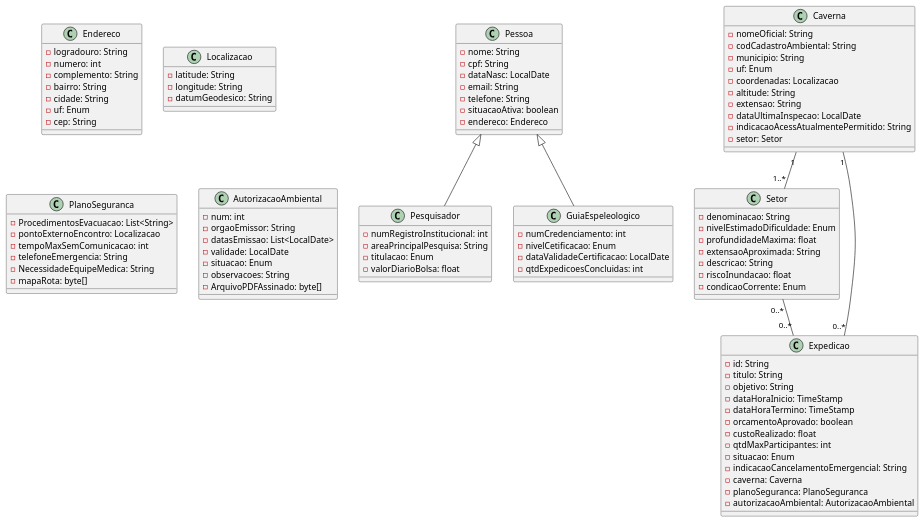
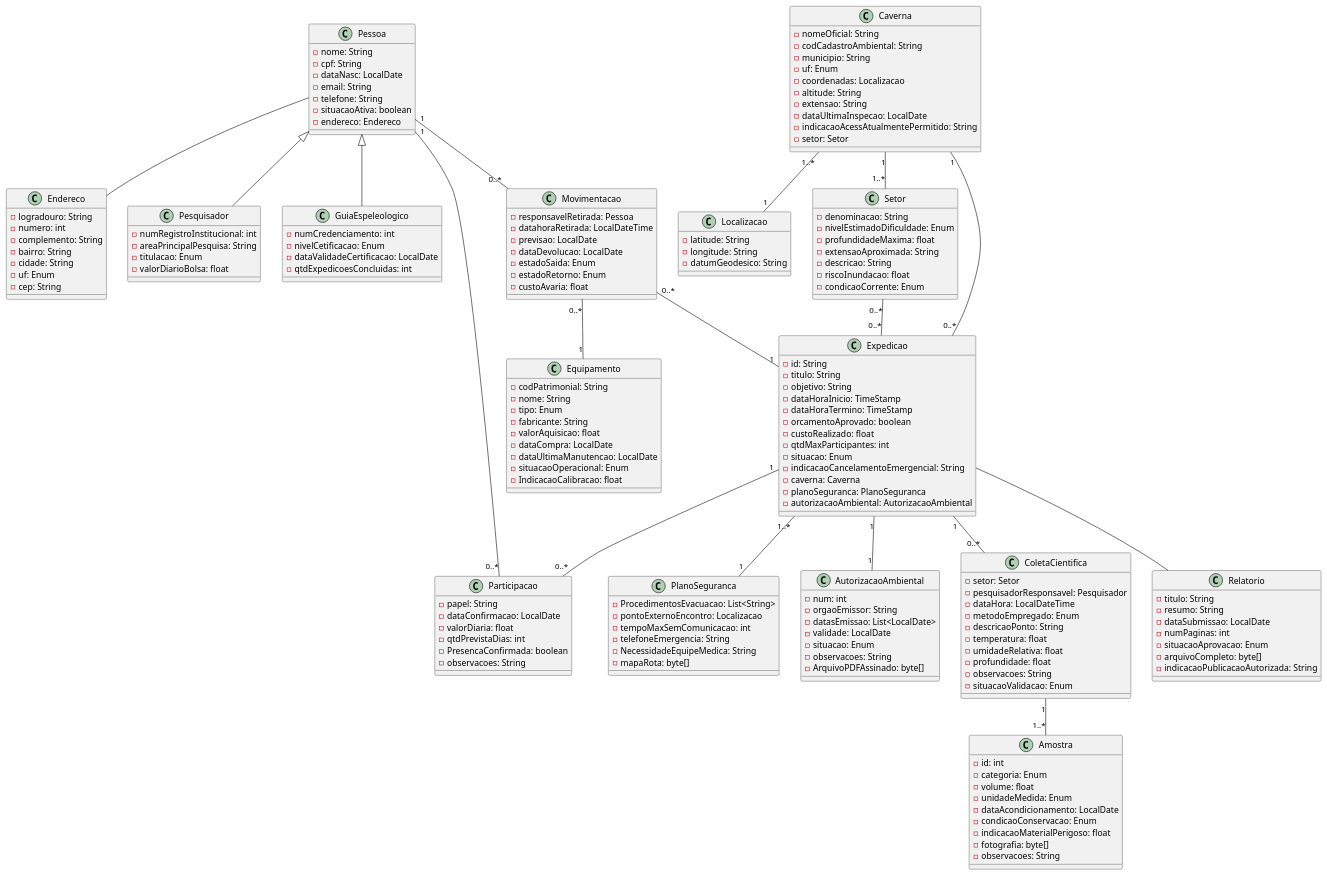
One commit to odilon-pontes/furna-de-lampiao changed the diagram in docs/system-class-diagram.wsd. Above: the diagram before and after it, drawn with PlantUML.

Commit message:
docs: add new classes for system diagram

```diff
--- a/docs/system-class-diagram.wsd
+++ b/docs/system-class-diagram.wsd
@@ -1,111 +1,189 @@
 @startuml SystemClassDiagram
 
 class Pessoa {
     - nome: String
     - cpf: String
     - dataNasc: LocalDate
     - email: String
     - telefone: String
     - situacaoAtiva: boolean
     - endereco: Endereco
 }
 
 class Endereco {
     - logradouro: String
     - numero: int
     - complemento: String
     - bairro: String
     - cidade: String
     - uf: Enum
     - cep: String
 }
 
 class Pesquisador {
     - numRegistroInstitucional: int
     - areaPrincipalPesquisa: String
     - titulacao: Enum
     - valorDiarioBolsa: float
 
 }
 
 class GuiaEspeleologico {
     - numCredenciamento: int
     - nivelCetificacao: Enum
     - dataValidadeCertificacao: LocalDate
     - qtdExpedicoesConcluidas: int
+}
+
+class Participacao {
+    - papel: String
+    - dataConfirmacao: LocalDate
+    - valorDiaria: float
+    - qtdPrevistaDias: int
+    - PresencaConfirmada: boolean
+    - observacoes: String
 }
 
 class Caverna {
     - nomeOficial: String
     - codCadastroAmbiental: String
     - municipio: String
     - uf: Enum
     - coordenadas: Localizacao
     - altitude: String
     - extensao: String
     - dataUltimaInspecao: LocalDate
     - indicacaoAcessAtualmentePermitido: String
     'implicito?
     - setor: Setor 
 }
 
 class Localizacao {
     - latitude: String
     - longitude: String
     - datumGeodesico: String
 }
 
 class Setor {
     - denominacao: String
     - nivelEstimadoDificuldade: Enum
     - profundidadeMaxima: float
     - extensaoAproximada: String
     - descricao: String
     - riscoInundacao: float
     - condicaoCorrente: Enum
 }
 
 class Expedicao {
     - id: String
     - titulo: String
     - objetivo: String
     - dataHoraInicio: TimeStamp
     - dataHoraTermino: TimeStamp
     - orcamentoAprovado: boolean
     - custoRealizado: float
     - qtdMaxParticipantes: int
     - situacao: Enum
     - indicacaoCancelamentoEmergencial: String
     'implicito?
     - caverna: Caverna
     - planoSeguranca: PlanoSeguranca
     - autorizacaoAmbiental: AutorizacaoAmbiental
 }
 
 class PlanoSeguranca {
     - ProcedimentosEvacuacao: List<String>
     - pontoExternoEncontro: Localizacao
     - tempoMaxSemComunicacao: int
     - telefoneEmergencia: String
     - NecessidadeEquipeMedica: String
     - mapaRota: byte[]
 }
 
 class AutorizacaoAmbiental {
     - num: int
     - orgaoEmissor: String
     - datasEmissao: List<LocalDate>
     - validade: LocalDate
     - situacao: Enum
     - observacoes: String
     - ArquivoPDFAssinado: byte[]
 }
 
+class Equipamento {
+    - codPatrimonial: String
+    - nome: String
+    - tipo: Enum
+    - fabricante: String
+    - valorAquisicao: float
+    - dataCompra: LocalDate
+    - dataUltimaManutencao: LocalDate
+    - situacaoOperacional: Enum
+    - IndicacaoCalibracao: float
+}
+
+class Movimentacao {
+    - responsavelRetirada: Pessoa
+    - datahoraRetirada: LocalDateTime
+    - previsao: LocalDate
+    - dataDevolucao: LocalDate 
+    - estadoSaida: Enum
+    - estadoRetorno: Enum
+    - custoAvaria: float
+}
+
+class ColetaCientifica {
+    - setor: Setor
+    - pesquisadorResponsavel: Pesquisador
+    - dataHora: LocalDateTime
+    - metodoEmpregado: Enum
+    - descricaoPonto: String
+    - temperatura: float
+    - umidadeRelativa: float
+    - profundidade: float
+    - observacoes: String
+    - situacaoValidacao: Enum
+}
+
+class Amostra {
+    - id: int
+    - categoria: Enum
+    - volume: float
+    - unidadeMedida: Enum
+    - dataAcondicionamento: LocalDate
+    - condicaoConservacao: Enum
+    - indicacaoMaterialPerigoso: float
+    - fotografia: byte[]
+    - observacoes: String
+}
+
+class Relatorio {
+    - titulo: String
+    - resumo: String
+    - dataSubmissao: LocalDate
+    - numPaginas: int
+    - situacaoAprovacao: Enum
+    - arquivoCompleto: byte[]
+    - indicacaoPublicacaoAutorizada: String
+}
+
 Pessoa <|-- Pesquisador
 Pessoa <|-- GuiaEspeleologico
+Pessoa -- Endereco
 
+Pessoa "1" -- "0..*" Participacao
+Expedicao "1" -- "0..*" Participacao
 Caverna "1" -- "1..*" Setor
 Caverna "1" -- "0..*" Expedicao
 Setor "0..*" -- "0..*" Expedicao
+Expedicao "1" -- "1" AutorizacaoAmbiental
+Pessoa "1" -- "0..*" Movimentacao
+Movimentacao "0..*" -- "1" Equipamento
+Movimentacao "0..*" -- "1" Expedicao
+Expedicao "1" -- "0..*" ColetaCientifica
+ColetaCientifica "1" -- "1..*" Amostra
+Expedicao -- Relatorio
+Caverna "1..*" -- "1" Localizacao
+Expedicao "1..*" -- "1" PlanoSeguranca
 
 @enduml
```
